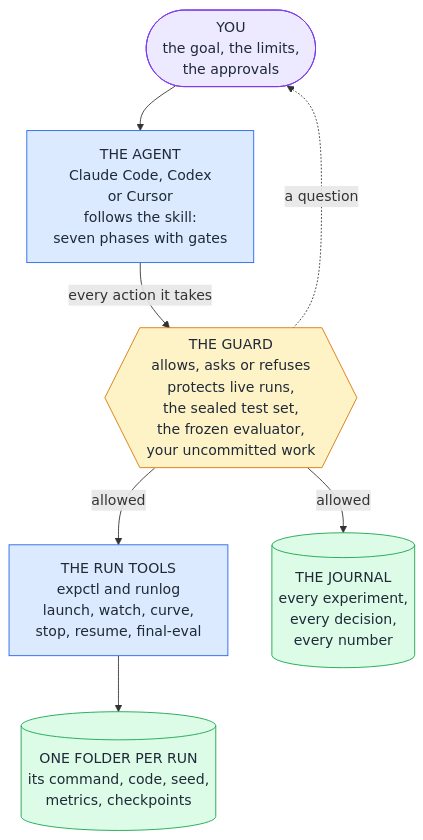
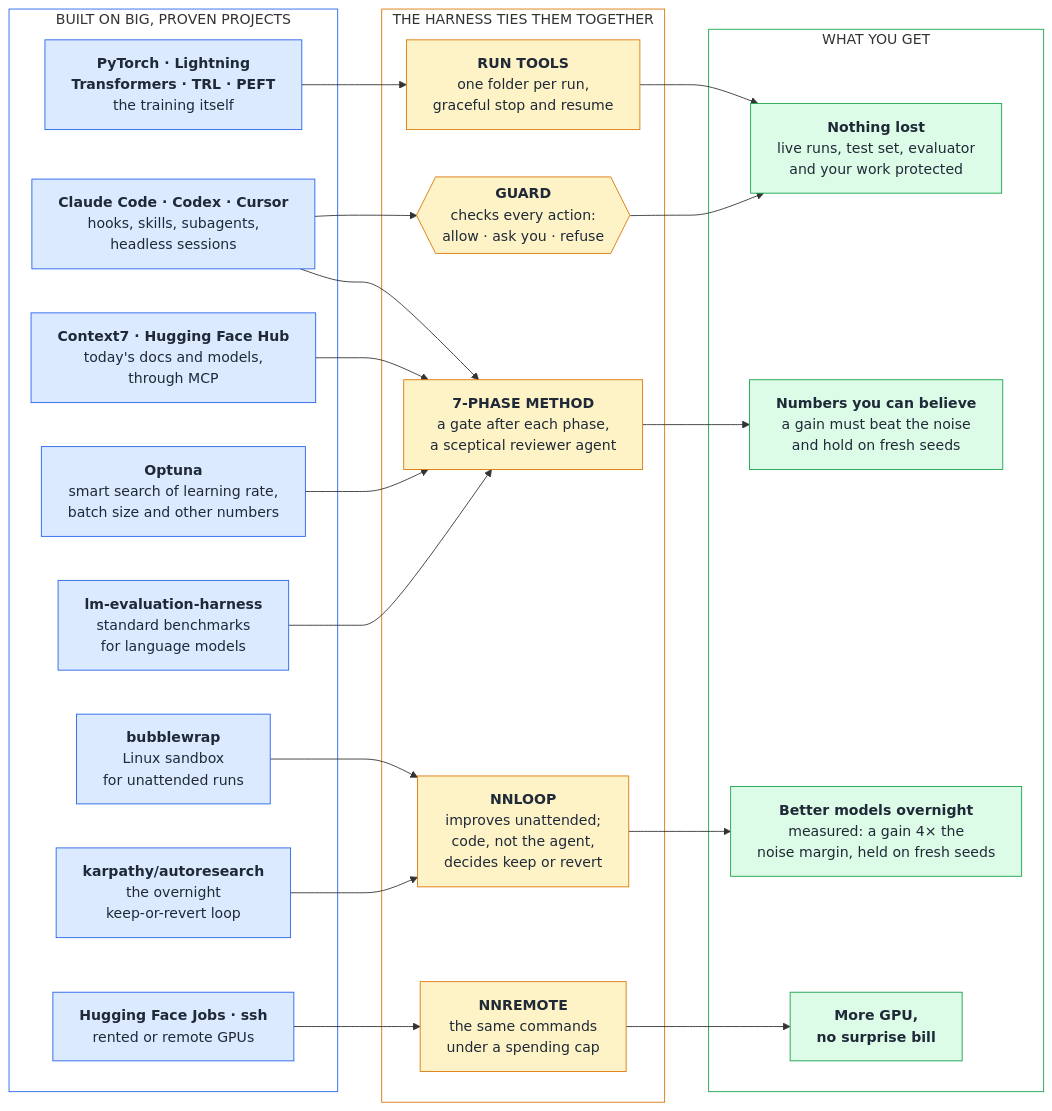
Before and after one commit to MrHashMe/nn-training-harness: the diagram in README.md, drawn with Mermaid. The commit also changed other lines of this file and 4 other files, not shown here.

````diff
--- a/README.md
+++ b/README.md
@@ -34,24 +16,50 @@
 ```mermaid
 %%{init: {"flowchart": {"wrappingWidth": 400}}}%%
-flowchart TD
-    you(["YOU<br/>the goal, the limits,<br/>the approvals"])
-    agent["THE AGENT<br/>Claude Code, Codex<br/>or Cursor<br/>follows the skill:<br/>seven phases with gates"]
-    guard{{"THE GUARD<br/>allows, asks or refuses<br/>protects live runs,<br/>the sealed test set,<br/>the frozen evaluator,<br/>your uncommitted work"}}
-    tools["THE RUN TOOLS<br/>expctl and runlog<br/>launch, watch, curve,<br/>stop, resume, final-eval"]
-    journal[("THE JOURNAL<br/>every experiment,<br/>every decision,<br/>every number")]
-    runs[("ONE FOLDER PER RUN<br/>its command, code, seed,<br/>metrics, checkpoints")]
-    you --> agent
-    agent -- "every action it takes" --> guard
-    guard -- "allowed" --> tools
-    guard -- "allowed" --> journal
-    guard -. "a question" .-> you
-    tools --> runs
-    classDef person fill:#ede9fe,stroke:#7c3aed,color:#1f2937
-    classDef actor fill:#dbeafe,stroke:#2563eb,color:#1f2937
-    classDef gate fill:#fef3c7,stroke:#d97706,color:#1f2937
-    classDef store fill:#dcfce7,stroke:#16a34a,color:#1f2937
-    class you person
-    class agent,tools actor
-    class guard gate
-    class journal,runs store
+flowchart LR
+    subgraph BIG["BUILT ON BIG, PROVEN PROJECTS"]
+        hf["<b>PyTorch · Lightning<br/>Transformers · TRL · PEFT</b><br/>the training itself"]
+        agents["<b>Claude Code · Codex · Cursor</b><br/>hooks, skills, subagents,<br/>headless sessions"]
+        c7["<b>Context7 · Hugging Face Hub</b><br/>today's docs and models,<br/>through MCP"]
+        opt["<b>Optuna</b><br/>smart search of learning rate,<br/>batch size and other numbers"]
+        lme["<b>lm-evaluation-harness</b><br/>standard benchmarks<br/>for language models"]
+        bw["<b>bubblewrap</b><br/>Linux sandbox<br/>for unattended runs"]
+        ar["<b>karpathy/autoresearch</b><br/>the overnight<br/>keep-or-revert loop"]
+        jobs["<b>Hugging Face Jobs · ssh</b><br/>rented or remote GPUs"]
+    end
+    subgraph KIT["THE HARNESS TIES THEM TOGETHER"]
+        tools["<b>RUN TOOLS</b><br/>one folder per run,<br/>graceful stop and resume"]
+        guard{{"<b>GUARD</b><br/>checks every action:<br/>allow · ask you · refuse"}}
+        method["<b>7-PHASE METHOD</b><br/>a gate after each phase,<br/>a sceptical reviewer agent"]
+        loop["<b>NNLOOP</b><br/>improves unattended;<br/>code, not the agent,<br/>decides keep or revert"]
+        remote["<b>NNREMOTE</b><br/>the same commands<br/>under a spending cap"]
+    end
+    subgraph WIN["WHAT YOU GET"]
+        safe["<b>Nothing lost</b><br/>live runs, test set, evaluator<br/>and your work protected"]
+        trust["<b>Numbers you can believe</b><br/>a gain must beat the noise<br/>and hold on fresh seeds"]
+        night["<b>Better models overnight</b><br/>measured: a gain 4× the<br/>noise margin, held on fresh seeds"]
+        gpu["<b>More GPU,<br/>no surprise bill</b>"]
+    end
+    hf --> tools
+    agents --> guard
+    agents --> method
+    c7 --> method
+    opt --> method
+    lme --> method
+    bw --> loop
+    ar --> loop
+    jobs --> remote
+    tools --> safe
+    guard --> safe
+    method --> trust
+    loop --> night
+    remote --> gpu
+    classDef src fill:#dbeafe,stroke:#2563eb,color:#1f2937
+    classDef kit fill:#fef3c7,stroke:#d97706,color:#1f2937
+    classDef win fill:#dcfce7,stroke:#16a34a,color:#1f2937
+    class agents,ar,opt,hf,lme,c7,jobs,bw src
+    class guard,method,tools,loop,remote kit
+    class trust,safe,night,gpu win
+    style BIG fill:transparent,stroke:#2563eb
+    style KIT fill:transparent,stroke:#d97706
+    style WIN fill:transparent,stroke:#16a34a
 ```
````
